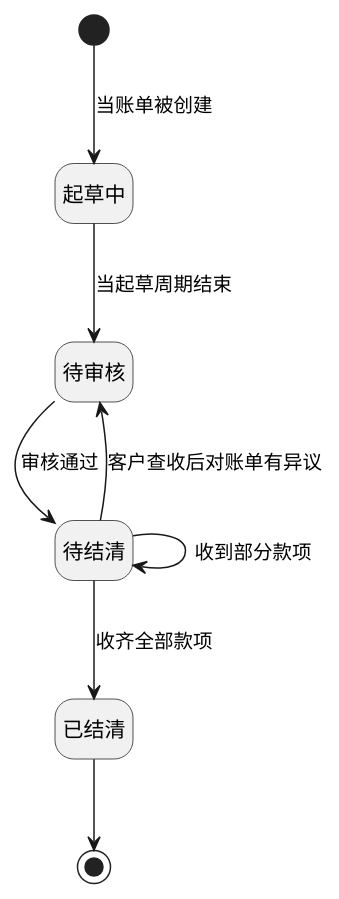
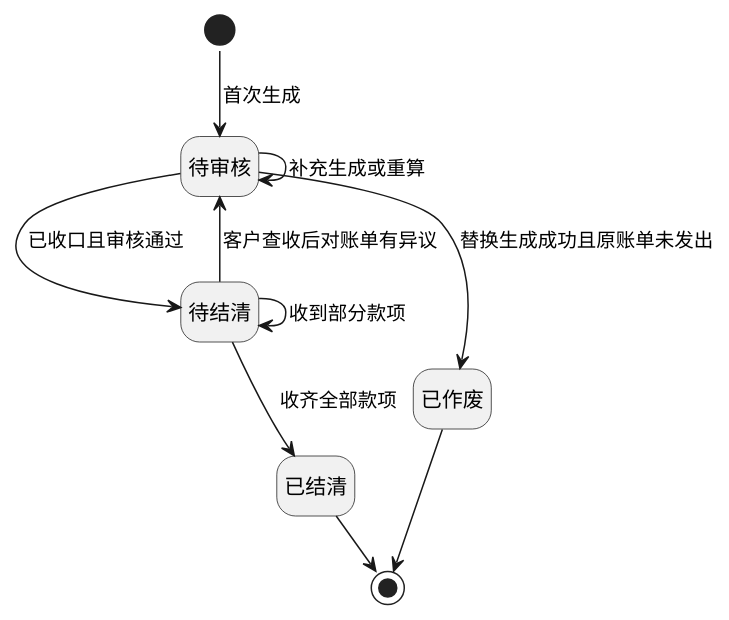
One commit to jack888332/projects-doc changed diagram 12 of 19 in product-caliber/bms/prd/账单系统.PRD.md. Above: the diagram before and after it, drawn with PlantUML. The commit also changed other lines of this file, not shown here.

````diff
--- a/product-caliber/bms/prd/账单系统.PRD.md
+++ b/product-caliber/bms/prd/账单系统.PRD.md
@@ -2086,18 +2180,21 @@
 ```plantuml
 @startuml
+!pragma layout smetana
 hide empty description
 
-state 起草中
-state 待审核
-state 待结清
-state 已结清
+state "待审核" as PendingReview
+state "待结清" as PendingSettlement
+state "已结清" as Settled
+state "已作废" as Voided
 
-[*] --> 起草中 : 当账单被创建
-起草中 --> 待审核 : 当起草周期结束
-待审核 --> 待结清 : 审核通过
-待结清 --> 待审核 : 客户查收后对账单有异议
-待结清 --> 待结清 : 收到部分款项
-待结清 --> 已结清 : 收齐全部款项
-已结清 --> [*]
+[*] --> PendingReview : 首次生成
+PendingReview --> PendingReview : 补充生成或重算
+PendingReview --> Voided : 替换生成成功且原账单未发出
+PendingReview --> PendingSettlement : 已收口且审核通过
+PendingSettlement --> PendingReview : 客户查收后对账单有异议
+PendingSettlement --> PendingSettlement : 收到部分款项
+PendingSettlement --> Settled : 收齐全部款项
+Settled --> [*]
+Voided --> [*]
 @enduml
 ```
````
